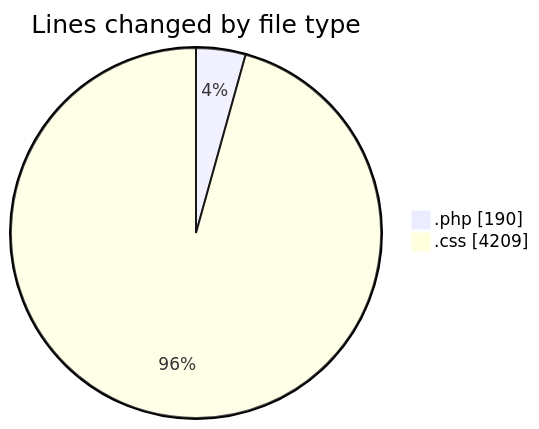
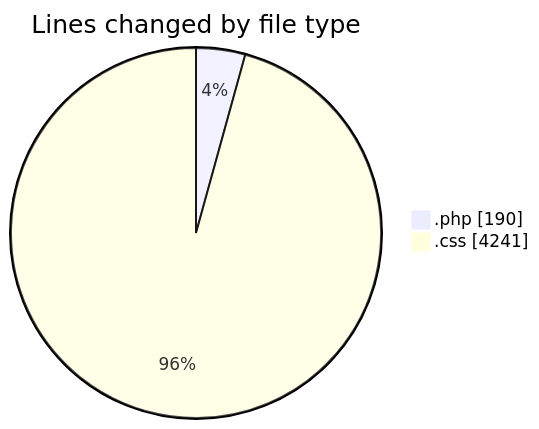
Before and after one commit to debugP/code-tracking: the first of 2 diagrams in 2026-11-04/wp-content/README.md, drawn with Mermaid. The commit also changed other lines of this file and 1 other file, not shown here.

````diff
--- a/2026-11-04/wp-content/README.md
+++ b/2026-11-04/wp-content/README.md
@@ -21,6 +21,6 @@
 ```mermaid
 pie showData
 title Lines changed by file type
 ".php" : 190
-".css" : 4209
+".css" : 4241
 ```
````
